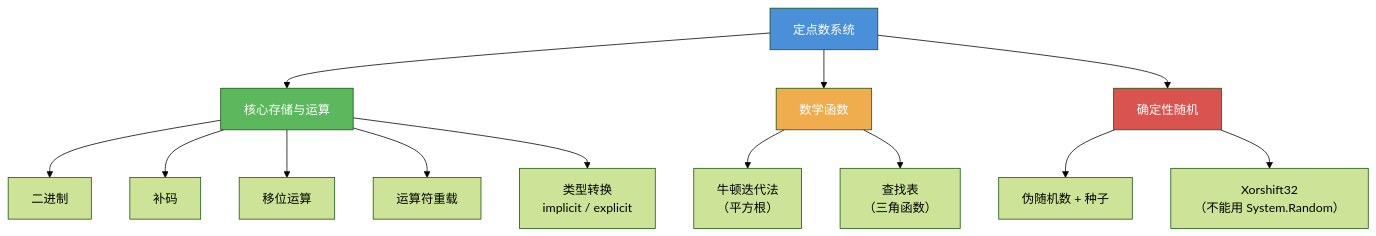
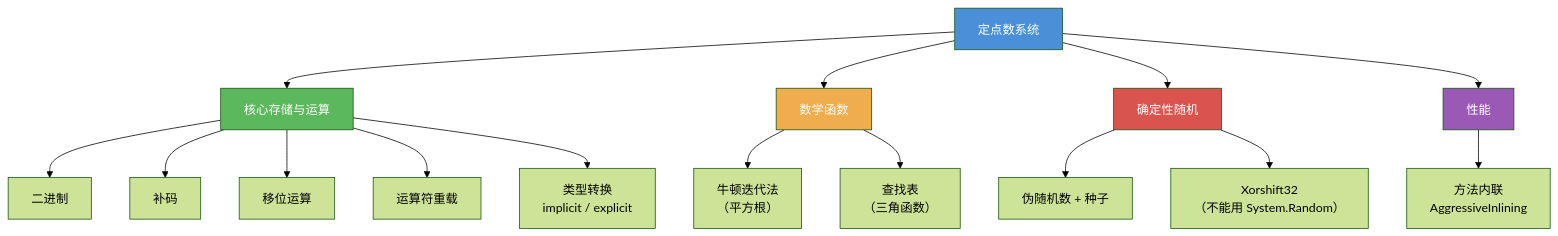
The second of 2 diagrams in Document/Markdown/1.基础知识必备.md (linwentao785293209/Tao.FixedPoint), drawn with Mermaid (forest theme) before and after one commit. The commit also changed other lines of this file and 4 other files, not shown here.

````diff
--- a/Document/Markdown/1.基础知识必备.md
+++ b/Document/Markdown/1.基础知识必备.md
@@ -805,25 +889,29 @@
 ```mermaid
 graph TD
     ROOT["定点数系统"]
 
     ROOT --> A["核心存储与运算"]
     ROOT --> B["数学函数"]
     ROOT --> C["确定性随机"]
+    ROOT --> D["性能"]
 
     A --> A1["二进制"]
     A --> A2["补码"]
     A --> A3["移位运算"]
     A --> A4["运算符重载"]
     A --> A5["类型转换<br/>implicit / explicit"]
 
     B --> B1["牛顿迭代法<br/>（平方根）"]
     B --> B2["查找表<br/>（三角函数）"]
 
     C --> C1["伪随机数 + 种子"]
     C --> C2["Xorshift32<br/>（不能用 System.Random）"]
 
+    D --> D1["方法内联<br/>AggressiveInlining"]
+
     style ROOT fill:#4a90d9,color:#fff
     style A fill:#5cb85c,color:#fff
     style B fill:#f0ad4e,color:#fff
     style C fill:#d9534f,color:#fff
+    style D fill:#9b59b6,color:#fff
 ```
````
